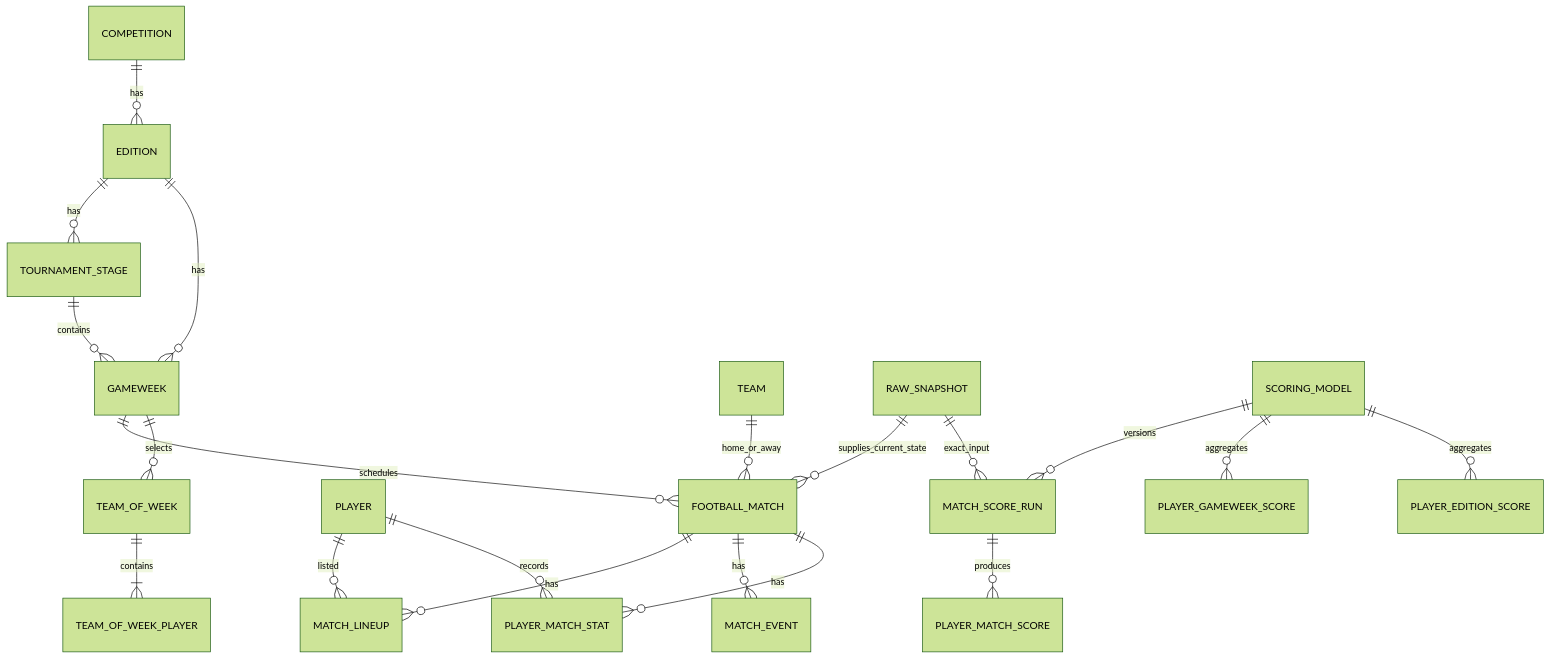
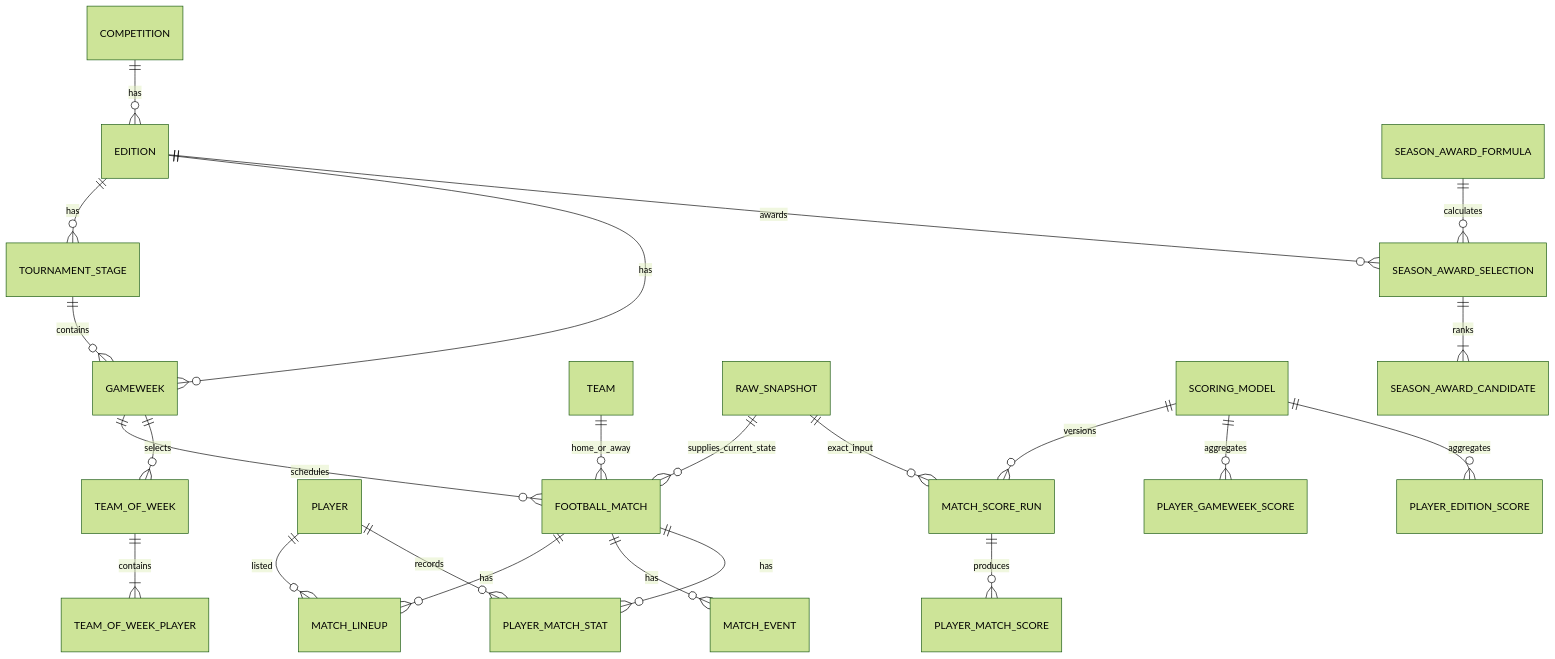
One commit to Ssrrb/go-football changed the diagram in data/data-model.md. Above: the diagram before and after it, drawn with Mermaid (forest theme). The commit also changed other lines of this file and 20 other files, not shown here.

````diff
--- a/data/data-model.md
+++ b/data/data-model.md
@@ -33,22 +33,25 @@
 ```mermaid
 erDiagram
     COMPETITION ||--o{ EDITION : has
     EDITION ||--o{ TOURNAMENT_STAGE : has
     TOURNAMENT_STAGE ||--o{ GAMEWEEK : contains
     EDITION ||--o{ GAMEWEEK : has
     GAMEWEEK ||--o{ FOOTBALL_MATCH : schedules
     TEAM ||--o{ FOOTBALL_MATCH : home_or_away
     PLAYER ||--o{ MATCH_LINEUP : listed
     FOOTBALL_MATCH ||--o{ MATCH_LINEUP : has
     FOOTBALL_MATCH ||--o{ MATCH_EVENT : has
     FOOTBALL_MATCH ||--o{ PLAYER_MATCH_STAT : has
     PLAYER ||--o{ PLAYER_MATCH_STAT : records
     RAW_SNAPSHOT ||--o{ FOOTBALL_MATCH : supplies_current_state
     SCORING_MODEL ||--o{ MATCH_SCORE_RUN : versions
     RAW_SNAPSHOT ||--o{ MATCH_SCORE_RUN : exact_input
     MATCH_SCORE_RUN ||--o{ PLAYER_MATCH_SCORE : produces
     SCORING_MODEL ||--o{ PLAYER_GAMEWEEK_SCORE : aggregates
     SCORING_MODEL ||--o{ PLAYER_EDITION_SCORE : aggregates
     GAMEWEEK ||--o{ TEAM_OF_WEEK : selects
     TEAM_OF_WEEK ||--|{ TEAM_OF_WEEK_PLAYER : contains
+    SEASON_AWARD_FORMULA ||--o{ SEASON_AWARD_SELECTION : calculates
+    EDITION ||--o{ SEASON_AWARD_SELECTION : awards
+    SEASON_AWARD_SELECTION ||--|{ SEASON_AWARD_CANDIDATE : ranks
 ```
````
